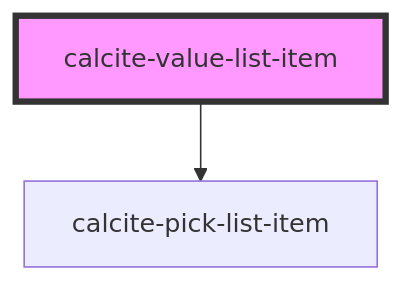
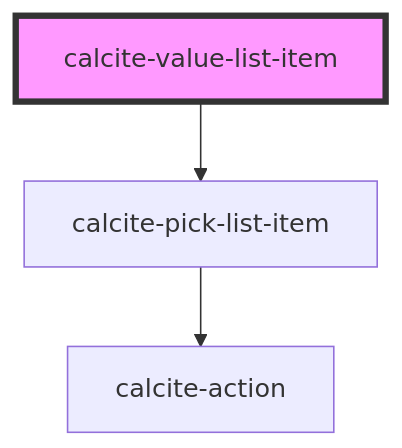
One commit to Esri/calcite-app-components changed the diagram in src/components/calcite-value-list-item/readme.md. Above: the diagram before and after it, drawn with Mermaid. The commit also changed other lines of this file and 94 other files, not shown here.

````diff
--- a/src/components/calcite-value-list-item/readme.md
+++ b/src/components/calcite-value-list-item/readme.md
@@ -42,5 +43,6 @@
 ```mermaid
 graph TD;
   calcite-value-list-item --> calcite-pick-list-item
+  calcite-pick-list-item --> calcite-action
   style calcite-value-list-item fill:#f9f,stroke:#333,stroke-width:4px
 ```
````
